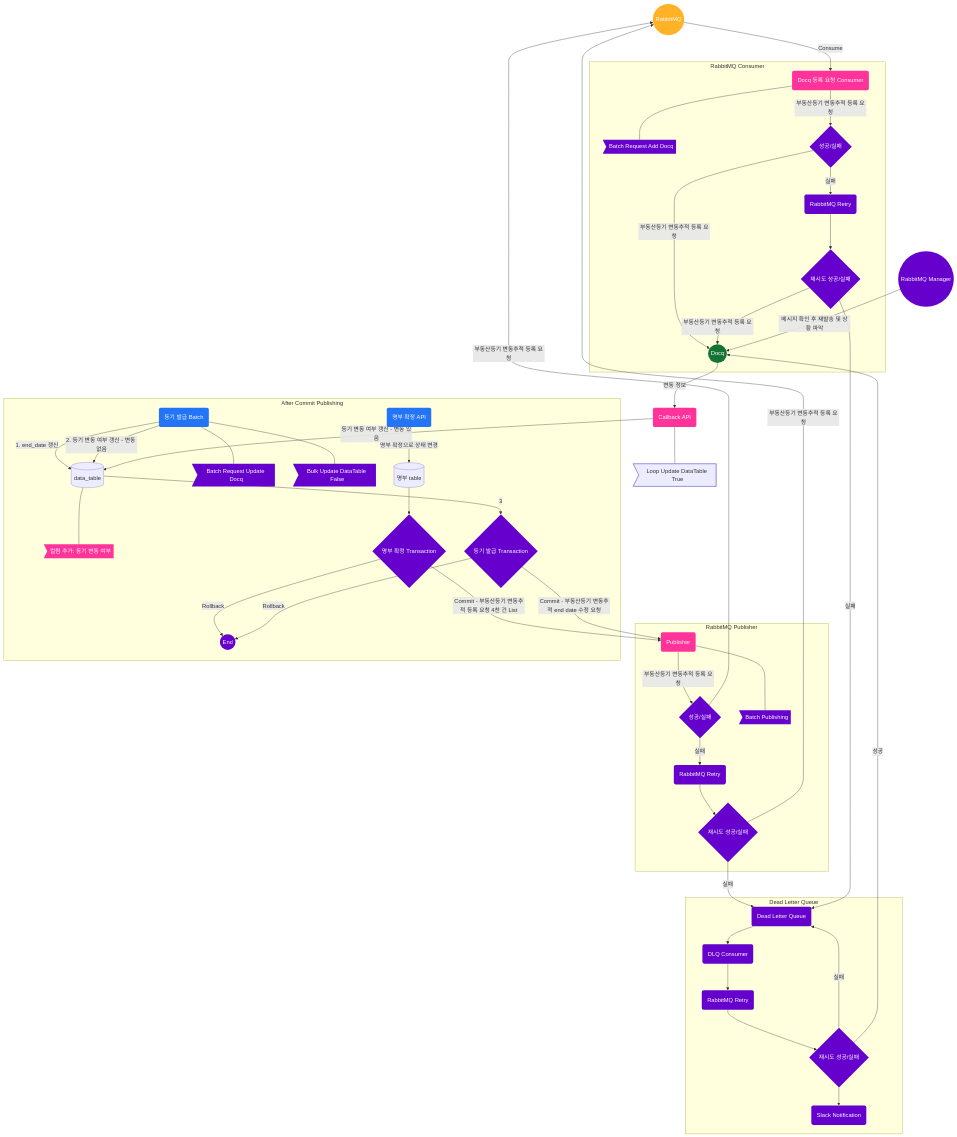
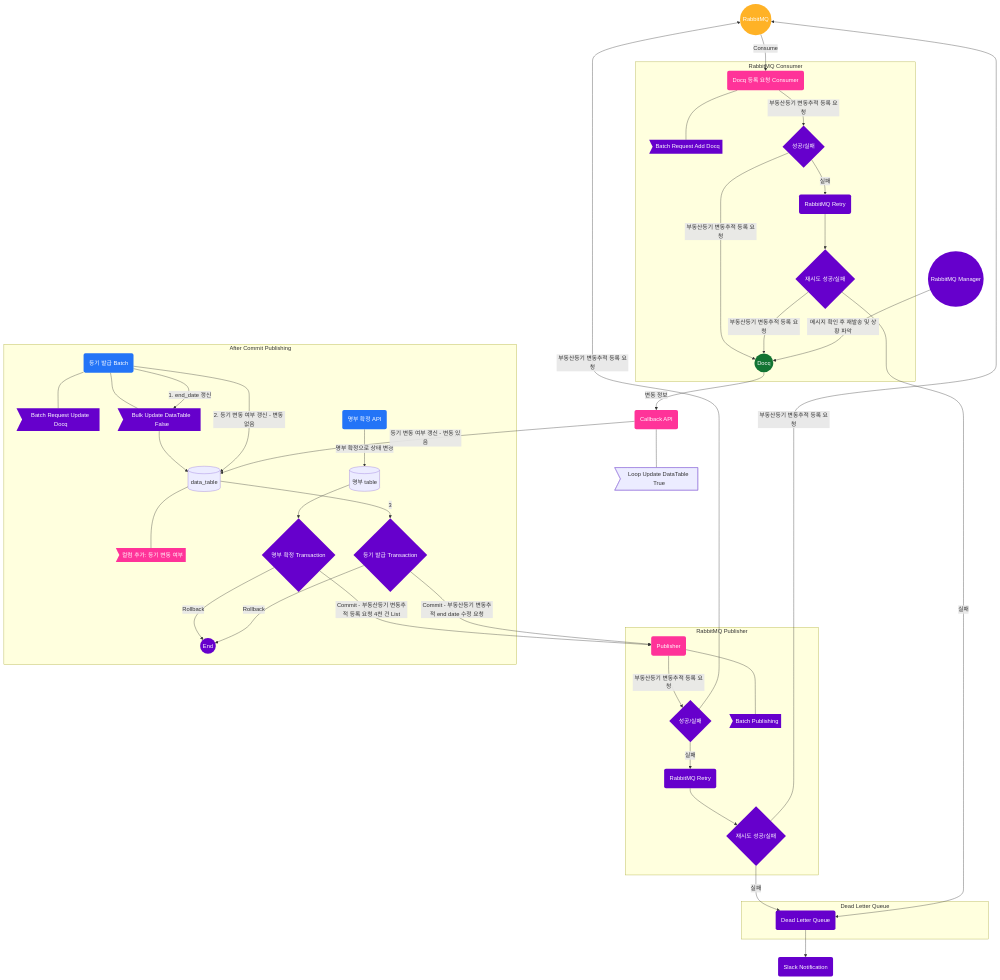
One commit to next-step/career-architecture changed the diagram in tobe/ARCHITECTURE-monkeydugi.md. Above: the diagram before and after it, drawn with Mermaid. The commit also changed other lines of this file and 1 other file, not shown here.

Commit message:
dead letter 전략 변경

````diff
--- a/tobe/ARCHITECTURE-monkeydugi.md
+++ b/tobe/ARCHITECTURE-monkeydugi.md
@@ -47,12 +46,9 @@
     CallbackAPI(Callback API):::red
     LoopUpdateDataTableTrue>Loop Update DataTable True]
     RabbitMQManager((RabbitMQ Manager)):::violet
+    SlackNotification(Slack Notification):::violet
     subgraph Dead Letter Queue 
       DLQ(Dead Letter Queue):::violet
-      DLQConsumer(DLQ Consumer):::violet
-      RabbitMQDLQRetry(RabbitMQ Retry):::violet
-      RabbitMQDLQRetryStatus{재시도 성공/실패}:::violet
-      SlackNotification(Slack Notification):::violet
     end
     subgraph RabbitMQ Consumer
       ConsumerAddDocq(Docq 등록 요청 Consumer):::red
@@ -106,16 +102,13 @@
     ConsumerAddDocq --- BatchRequestAddDocq
     batch --- BatchRequestUpdateDocq
     batch --- BulkUpdateDataTableFalse
-    batch --> |1. end_date 갱신| dom
+    batch --> |1. end_date 갱신| BulkUpdateDataTableFalse
+    BulkUpdateDataTableFalse --> dom
+    
     batch --> |2. 등기 변동 여부 갱신 - 변동 없음| dom
     Docq --> |변동 정보| CallbackAPI --> |등기 변동 여부 갱신 - 변동 있음| dom
     CallbackAPI --- LoopUpdateDataTableTrue
-    DLQ --> DLQConsumer
-    DLQConsumer --> RabbitMQDLQRetry
-    RabbitMQDLQRetry --> RabbitMQDLQRetryStatus
-    RabbitMQDLQRetryStatus --> |실패| DLQ
-    RabbitMQDLQRetryStatus --> |성공| Docq
-    RabbitMQDLQRetryStatus --> SlackNotification
+    DLQ --> SlackNotification
     RabbitMQManager --> |메시지 확인 후 재발송 및 상황 파악| Docq
     dom --- AddColumn
 ```
````
